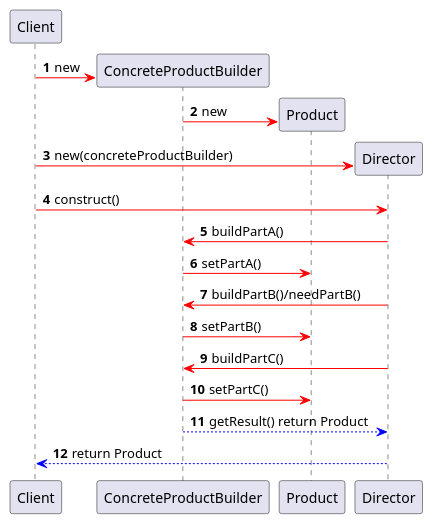
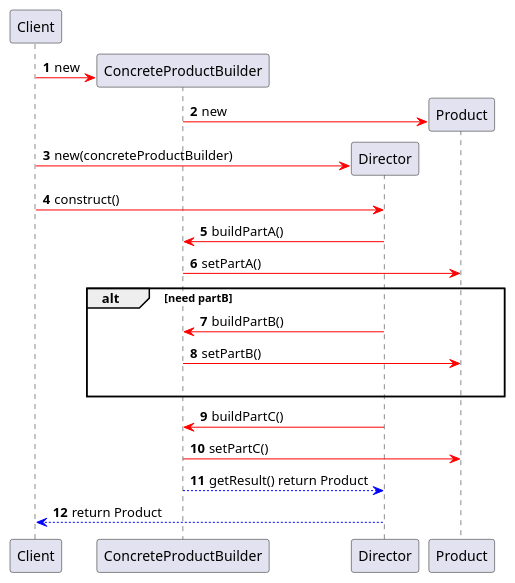
The diagram in src/me/ronggenliu/dp/creation/builder/sequence.puml (ronggenliu/DesignPattern), drawn with PlantUML before and after one commit. The commit also changed 1 other file, not shown here.

Commit message:
add class diagram.

```diff
--- a/src/me/ronggenliu/dp/creation/builder/sequence.puml
+++ b/src/me/ronggenliu/dp/creation/builder/sequence.puml
@@ -1,20 +1,24 @@
 @startuml
 participant Client
 autonumber
 create ConcreteProductBuilder
 Client -[#red]> ConcreteProductBuilder:new
+participant Director
 create Product
 ConcreteProductBuilder -[#red]> Product: new
 create Director
 Client -[#red]> Director: new(concreteProductBuilder)
 Client -[#red]> Director: construct()
 Director -[#red]> ConcreteProductBuilder: buildPartA()
 ConcreteProductBuilder -[#red]> Product: setPartA()
-Director -[#red]> ConcreteProductBuilder: buildPartB()/needPartB()
+alt need partB
+Director -[#red]> ConcreteProductBuilder: buildPartB()
 ConcreteProductBuilder -[#red]> Product: setPartB()
+|||
+end
 Director -[#red]> ConcreteProductBuilder: buildPartC()
 ConcreteProductBuilder -[#red]> Product: setPartC()
 Director <[#blue]-- ConcreteProductBuilder: getResult() return Product
 Client <[#blue]-- Director: return Product
 
 @enduml
```
